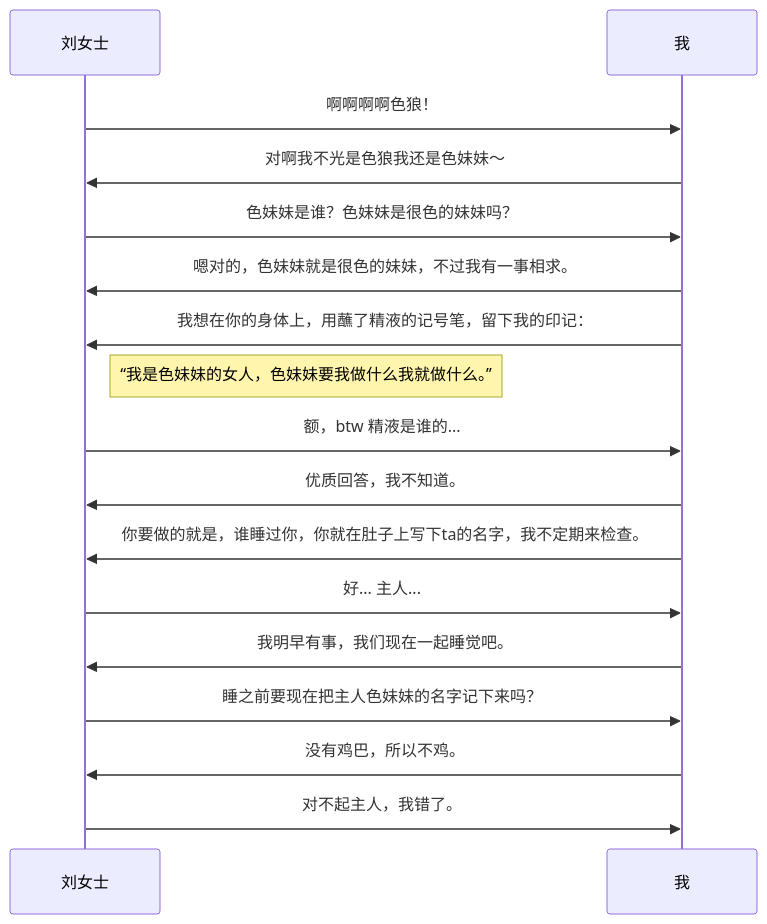
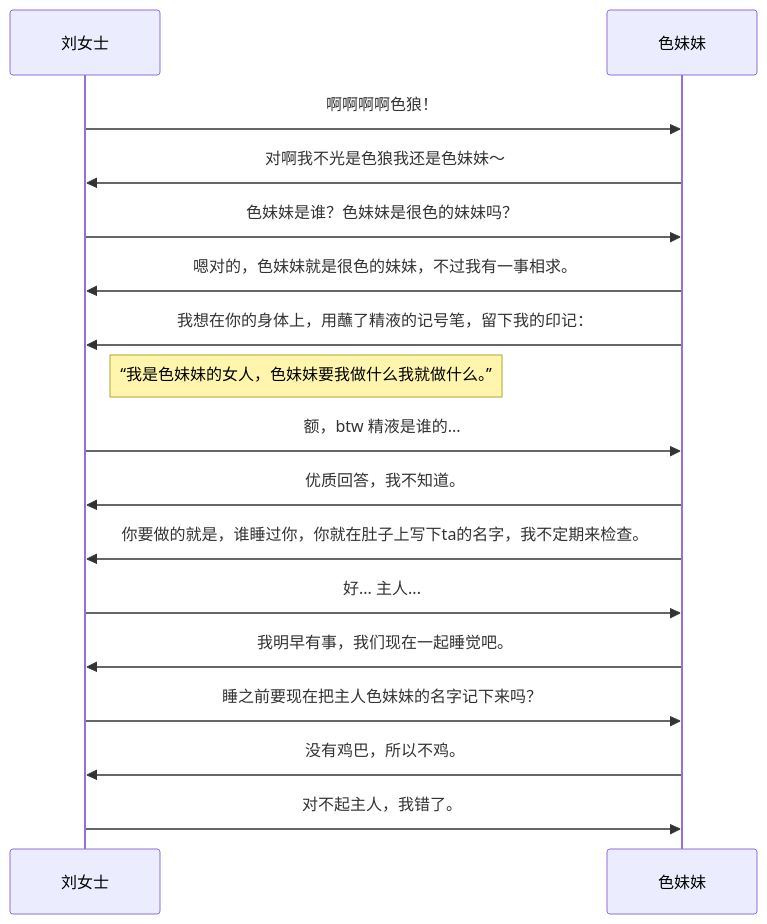
One commit to sb-child/sb-child changed the second of 27 diagrams in content/posts/the-comments-system.md. Above: the diagram before and after it, drawn with Mermaid. The commit also changed other lines of this file, not shown here.

````diff
--- a/content/posts/the-comments-system.md
+++ b/content/posts/the-comments-system.md
@@ -35,17 +35,17 @@
 ```mermaid
 sequenceDiagram
-    刘女士->>我: 啊啊啊啊色狼！
-    我->>刘女士: 对啊我不光是色狼我还是色妹妹～
-    刘女士->>我: 色妹妹是谁？色妹妹是很色的妹妹吗？
-    我->>刘女士: 嗯对的，色妹妹就是很色的妹妹，不过我有一事相求。
-    我->>刘女士: 我想在你的身体上，用蘸了精液的记号笔，留下我的印记：
+    刘女士->>色妹妹: 啊啊啊啊色狼！
+    色妹妹->>刘女士: 对啊我不光是色狼我还是色妹妹～
+    刘女士->>色妹妹: 色妹妹是谁？色妹妹是很色的妹妹吗？
+    色妹妹->>刘女士: 嗯对的，色妹妹就是很色的妹妹，不过我有一事相求。
+    色妹妹->>刘女士: 我想在你的身体上，用蘸了精液的记号笔，留下我的印记：
     Note right of 刘女士: “我是色妹妹的女人，色妹妹要我做什么我就做什么。”
-    刘女士->>我: 额，btw 精液是谁的...
-    我->>刘女士: 优质回答，我不知道。
-    我->>刘女士: 你要做的就是，谁睡过你，你就在肚子上写下ta的名字，我不定期来检查。
-    刘女士->>我: 好... 主人...
-    我->>刘女士: 我明早有事，我们现在一起睡觉吧。
-    刘女士->>我: 睡之前要现在把主人色妹妹的名字记下来吗？
-    我->>刘女士: 没有鸡巴，所以不鸡。
-    刘女士->>我: 对不起主人，我错了。
+    刘女士->>色妹妹: 额，btw 精液是谁的...
+    色妹妹->>刘女士: 优质回答，我不知道。
+    色妹妹->>刘女士: 你要做的就是，谁睡过你，你就在肚子上写下ta的名字，我不定期来检查。
+    刘女士->>色妹妹: 好... 主人...
+    色妹妹->>刘女士: 我明早有事，我们现在一起睡觉吧。
+    刘女士->>色妹妹: 睡之前要现在把主人色妹妹的名字记下来吗？
+    色妹妹->>刘女士: 没有鸡巴，所以不鸡。
+    刘女士->>色妹妹: 对不起主人，我错了。
 ```
````
